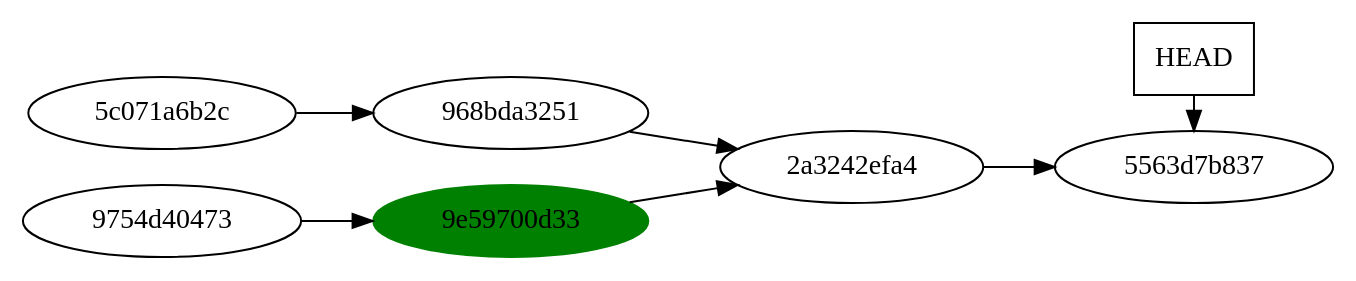
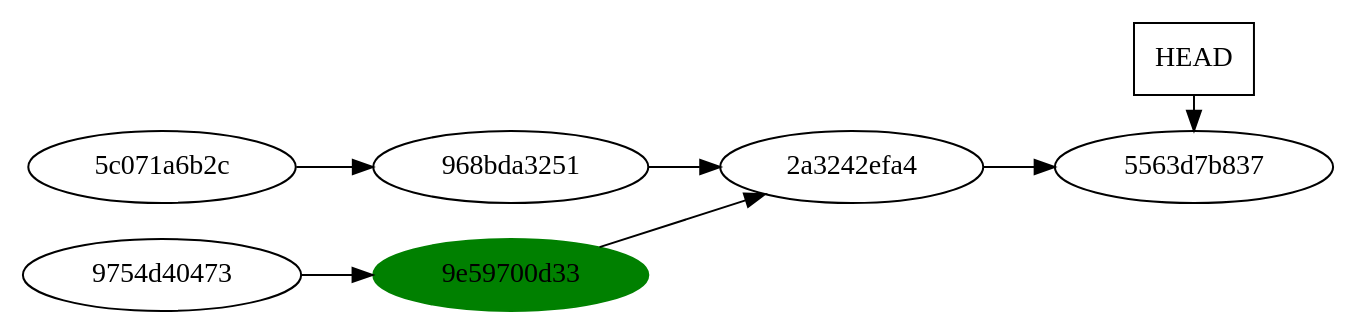
Before and after one commit to blackheaven/git-intro-if: the diagram in diappositives/references/parents.dot, drawn with Graphviz. The commit also changed 23 other files, not shown here.

Commit message:
Renommage et réarrangement des graphes.

```diff
--- a/diappositives/references/parents.dot
+++ b/diappositives/references/parents.dot
@@ -1,14 +1,21 @@
-digraph G
+digraph "Parents"
 {
     rankdir=LR;
-    "9e59700d33" [color="green"] [style="filled"];
-    "5c071a6b2c" -> "968bda3251" -> "2a3242efa4" -> "5563d7b837";
-    "9754d40473" -> "9e59700d33" -> "2a3242efa4";
+    subgraph master
+    {
+        "5c071a6b2c" -> "968bda3251" -> "2a3242efa4" -> "5563d7b837";
+    }
+    subgraph branch
+    {
+        "9e59700d33" [color="green"] [style="filled"];
+        "9e59700d33" -> "2a3242efa4" [weight=0];
+        "9754d40473" -> "9e59700d33";
+    }
     subgraph c2
     {
         rankdir=DU;
         rank="sink";
         "HEAD" [shape=box];
         "HEAD" -> "5563d7b837";
     }
 }
```
